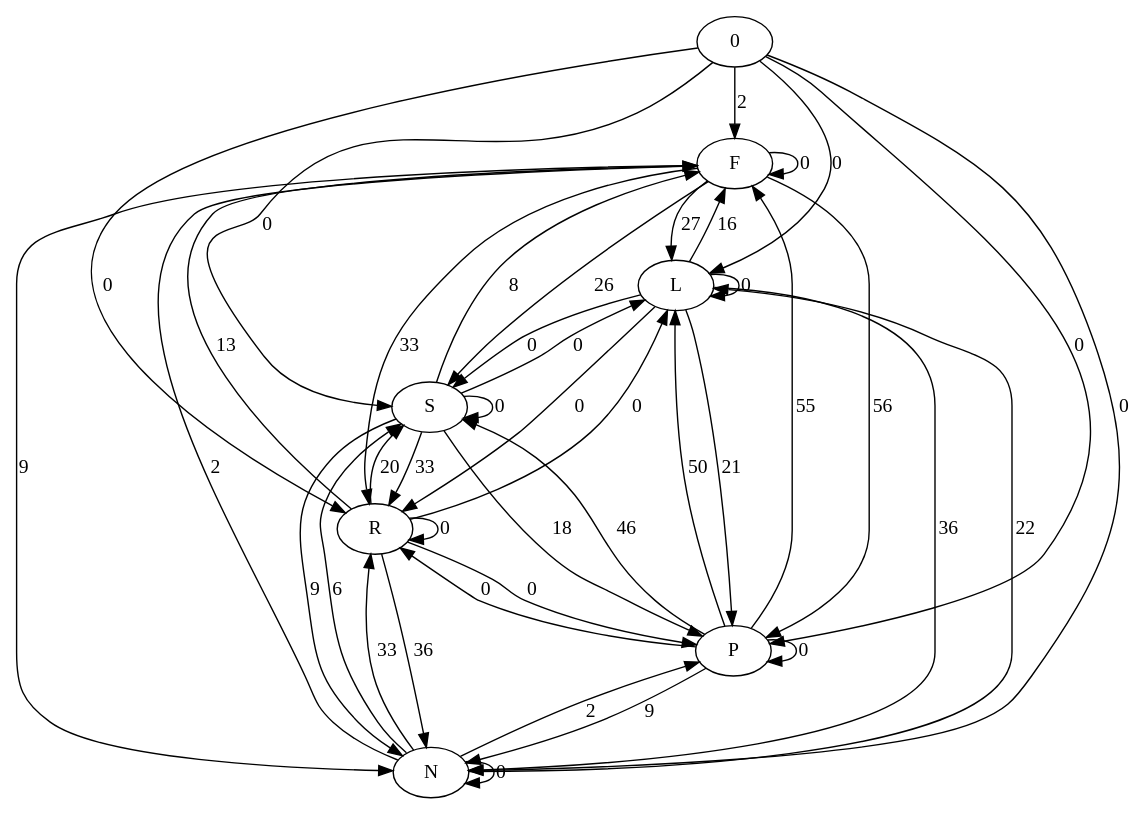
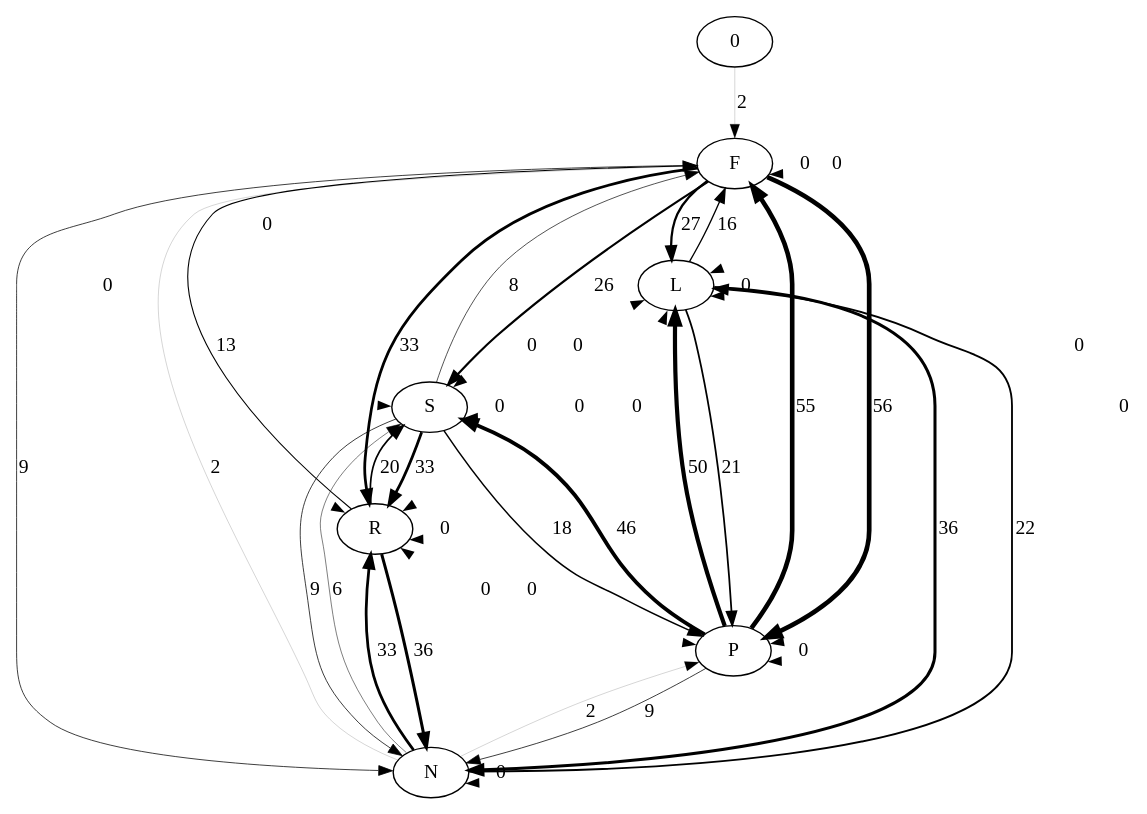
Before and after one commit to NatanVachon/PIE-018: the diagram in DataAnalysis/pet_dog_markov.dot, drawn with Graphviz. The commit also changed 6 other files, not shown here.

```diff
--- a/DataAnalysis/pet_dog_markov.dot
+++ b/DataAnalysis/pet_dog_markov.dot
@@ -1,51 +1,51 @@
 digraph  {
 F;
 L;
 N;
 P;
 R;
 S;
 0;
-F -> F  [key=0, label=0, weight=0];
-F -> L  [key=0, label=27, weight=27];
-F -> N  [key=0, label=9, weight=9];
-F -> P  [key=0, label=56, weight=56];
-F -> R  [key=0, label=33, weight=33];
-F -> S  [key=0, label=26, weight=26];
-L -> F  [key=0, label=16, weight=16];
-L -> L  [key=0, label=0, weight=0];
-L -> N  [key=0, label=36, weight=36];
-L -> P  [key=0, label=21, weight=21];
-L -> R  [key=0, label=0, weight=0];
-L -> S  [key=0, label=0, weight=0];
-N -> F  [key=0, label=2, weight=2];
-N -> L  [key=0, label=22, weight=22];
-N -> N  [key=0, label=0, weight=0];
-N -> P  [key=0, label=2, weight=2];
-N -> R  [key=0, label=33, weight=33];
-N -> S  [key=0, label=6, weight=6];
-P -> F  [key=0, label=55, weight=55];
-P -> L  [key=0, label=50, weight=50];
-P -> N  [key=0, label=9, weight=9];
-P -> P  [key=0, label=0, weight=0];
-P -> R  [key=0, label=0, weight=0];
-P -> S  [key=0, label=46, weight=46];
-R -> F  [key=0, label=13, weight=13];
-R -> L  [key=0, label=0, weight=0];
-R -> N  [key=0, label=36, weight=36];
-R -> P  [key=0, label=0, weight=0];
-R -> R  [key=0, label=0, weight=0];
-R -> S  [key=0, label=20, weight=20];
-S -> F  [key=0, label=8, weight=8];
-S -> L  [key=0, label=0, weight=0];
-S -> N  [key=0, label=9, weight=9];
-S -> P  [key=0, label=18, weight=18];
-S -> R  [key=0, label=33, weight=33];
-S -> S  [key=0, label=0, weight=0];
-0 -> F  [key=0, label=2, weight=2];
-0 -> L  [key=0, label=0, weight=0];
-0 -> N  [key=0, label=0, weight=0];
-0 -> P  [key=0, label=0, weight=0];
-0 -> R  [key=0, label=0, weight=0];
-0 -> S  [key=0, label=0, weight=0];
+F -> F  [key=0, label=0, penwidth="0.0", weight=0];
+F -> L  [key=0, label=27, penwidth="1.62", weight=27];
+F -> N  [key=0, label=9, penwidth="0.54", weight=9];
+F -> P  [key=0, label=56, penwidth="3.36", weight=56];
+F -> R  [key=0, label=33, penwidth="1.98", weight=33];
+F -> S  [key=0, label=26, penwidth="1.56", weight=26];
+L -> F  [key=0, label=16, penwidth="0.96", weight=16];
+L -> L  [key=0, label=0, penwidth="0.0", weight=0];
+L -> N  [key=0, label=36, penwidth="2.16", weight=36];
+L -> P  [key=0, label=21, penwidth="1.26", weight=21];
+L -> R  [key=0, label=0, penwidth="0.0", weight=0];
+L -> S  [key=0, label=0, penwidth="0.0", weight=0];
+N -> F  [key=0, label=2, penwidth="0.12", weight=2];
+N -> L  [key=0, label=22, penwidth="1.32", weight=22];
+N -> N  [key=0, label=0, penwidth="0.0", weight=0];
+N -> P  [key=0, label=2, penwidth="0.12", weight=2];
+N -> R  [key=0, label=33, penwidth="1.98", weight=33];
+N -> S  [key=0, label=6, penwidth="0.36", weight=6];
+P -> F  [key=0, label=55, penwidth="3.3", weight=55];
+P -> L  [key=0, label=50, penwidth="3.0", weight=50];
+P -> N  [key=0, label=9, penwidth="0.54", weight=9];
+P -> P  [key=0, label=0, penwidth="0.0", weight=0];
+P -> R  [key=0, label=0, penwidth="0.0", weight=0];
+P -> S  [key=0, label=46, penwidth="2.76", weight=46];
+R -> F  [key=0, label=13, penwidth="0.78", weight=13];
+R -> L  [key=0, label=0, penwidth="0.0", weight=0];
+R -> N  [key=0, label=36, penwidth="2.16", weight=36];
+R -> P  [key=0, label=0, penwidth="0.0", weight=0];
+R -> R  [key=0, label=0, penwidth="0.0", weight=0];
+R -> S  [key=0, label=20, penwidth="1.2", weight=20];
+S -> F  [key=0, label=8, penwidth="0.48", weight=8];
+S -> L  [key=0, label=0, penwidth="0.0", weight=0];
+S -> N  [key=0, label=9, penwidth="0.54", weight=9];
+S -> P  [key=0, label=18, penwidth="1.08", weight=18];
+S -> R  [key=0, label=33, penwidth="1.98", weight=33];
+S -> S  [key=0, label=0, penwidth="0.0", weight=0];
+0 -> F  [key=0, label=2, penwidth="0.12", weight=2];
+0 -> L  [key=0, label=0, penwidth="0.0", weight=0];
+0 -> N  [key=0, label=0, penwidth="0.0", weight=0];
+0 -> P  [key=0, label=0, penwidth="0.0", weight=0];
+0 -> R  [key=0, label=0, penwidth="0.0", weight=0];
+0 -> S  [key=0, label=0, penwidth="0.0", weight=0];
 }
```
